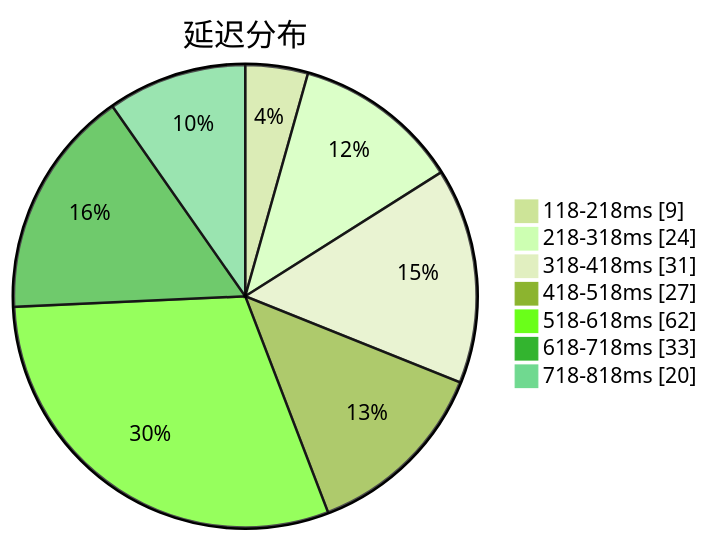
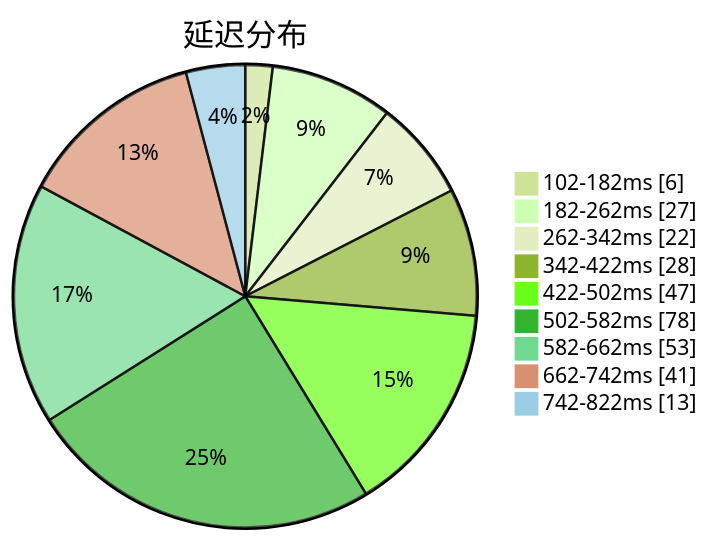
One commit to sinspired/airport changed the first of 3 diagrams in subs/statistics/tested_within.md. Above: the diagram before and after it, drawn with Mermaid (forest theme). The commit also changed other lines of this file and 2 other files, not shown here.

````diff
--- a/subs/statistics/tested_within.md
+++ b/subs/statistics/tested_within.md
@@ -2,11 +2,13 @@
 ```mermaid
 pie showData
 title 延迟分布
-"118-218ms" : 9
-"218-318ms" : 24
-"318-418ms" : 31
-"418-518ms" : 27
-"518-618ms" : 62
-"618-718ms" : 33
-"718-818ms" : 20
+"102-182ms" : 6
+"182-262ms" : 27
+"262-342ms" : 22
+"342-422ms" : 28
+"422-502ms" : 47
+"502-582ms" : 78
+"582-662ms" : 53
+"662-742ms" : 41
+"742-822ms" : 13
 ```
````
